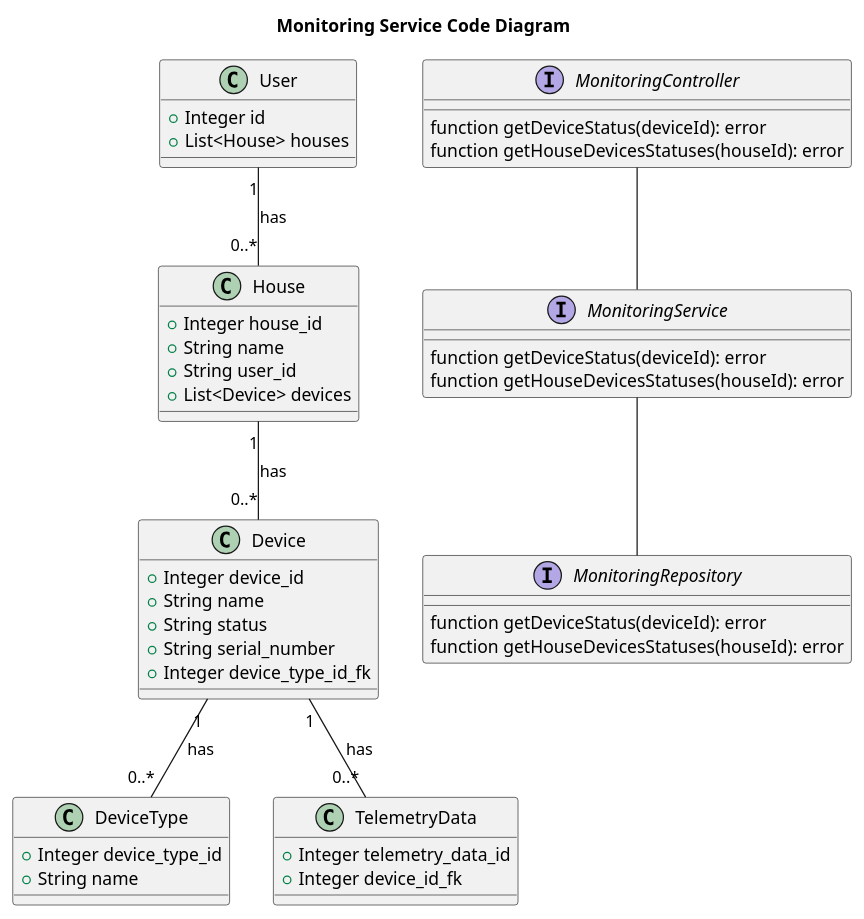
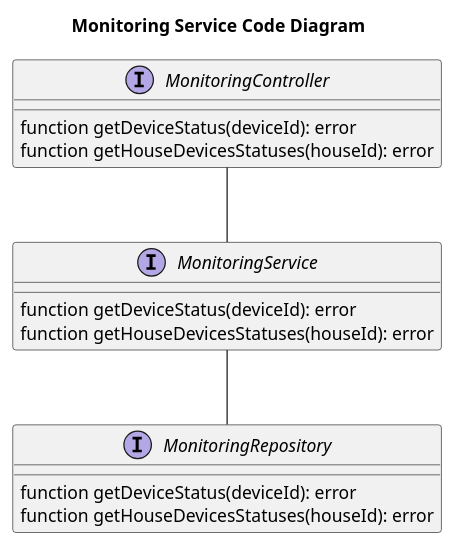
Before and after one commit to ildar-i/architecture-warmhouse: the diagram in schemas/monitoring_code.puml, drawn with PlantUML. The commit also changed 7 other files, not shown here.

```diff
--- a/schemas/monitoring_code.puml
+++ b/schemas/monitoring_code.puml
@@ -1,57 +1,22 @@
 @startuml
 title Monitoring Service Code Diagram
-
-class User {
-  +Integer id
-  +List<House> houses
-}
-
-class House {
-    +Integer house_id
-    +String name
-    +String user_id
-    +List<Device> devices
-}
-
-class Device {
-    +Integer device_id
-    +String name
-    +String status
-    +String serial_number
-    +Integer device_type_id_fk
-}
-
-class DeviceType {
-    +Integer device_type_id
-    +String name
-}
-
-class TelemetryData {
-    +Integer telemetry_data_id
-    +Integer device_id_fk
-}
-
-User "1" -- "0..*" House : has
-House "1" -- "0..*" Device : has
-Device "1" -- "0..*" DeviceType : has
-Device "1" -- "0..*" TelemetryData : has
 
 interface MonitoringController {
 function getDeviceStatus(deviceId): error
 function getHouseDevicesStatuses(houseId): error
 }
 
 interface MonitoringService {
 function getDeviceStatus(deviceId): error
 function getHouseDevicesStatuses(houseId): error
 }
 
 interface MonitoringRepository {
 function getDeviceStatus(deviceId): error
 function getHouseDevicesStatuses(houseId): error
 }
 
 MonitoringController " " -- " " MonitoringService
 MonitoringService " " -- " " MonitoringRepository
 
 @enduml
```
